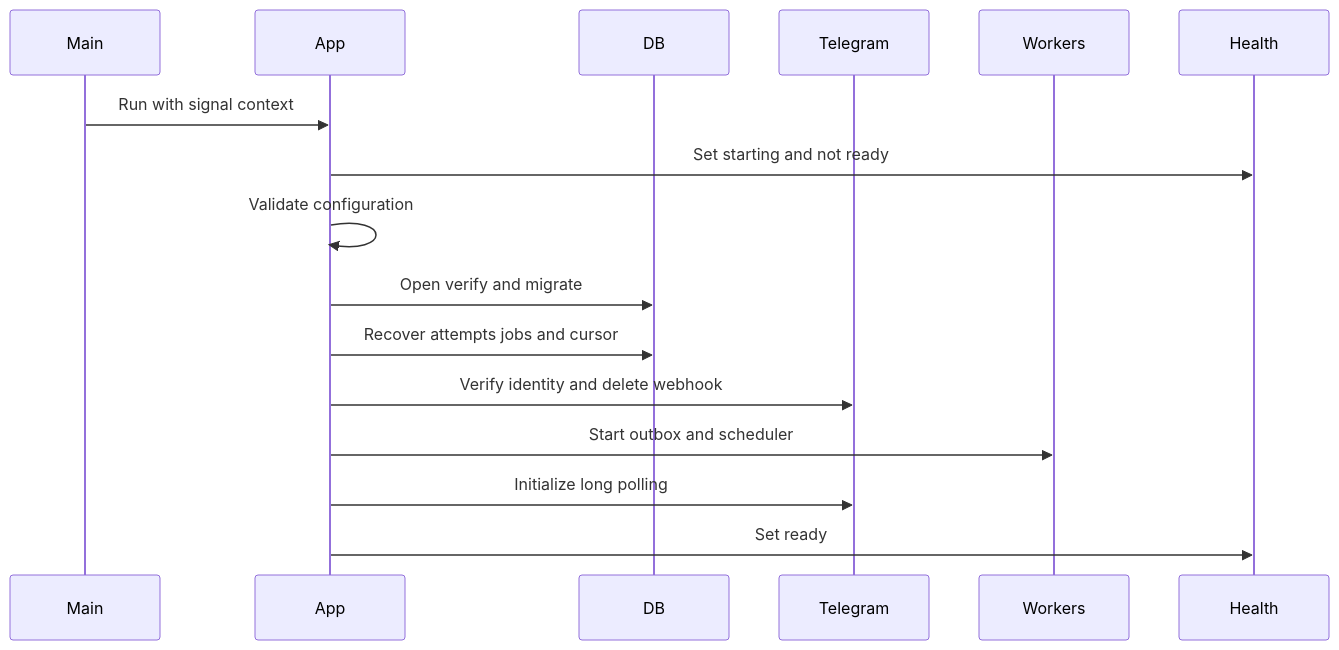
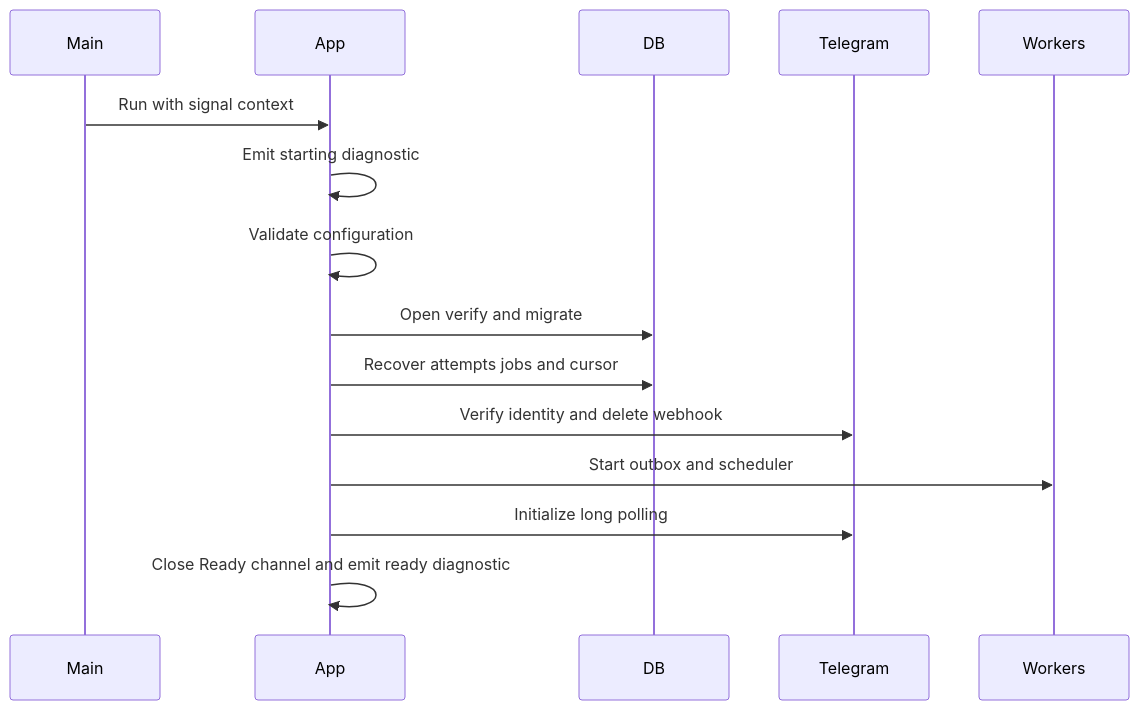
Before and after one commit to alexthvest/replipg: the second of 7 diagrams in .kiro/specs/telegram-runtime/design.md, drawn with Mermaid. The commit also changed other lines of this file and 38 other files, not shown here.

````diff
--- a/.kiro/specs/telegram-runtime/design.md
+++ b/.kiro/specs/telegram-runtime/design.md
@@ -221,19 +213,18 @@
 ```mermaid
 sequenceDiagram
     participant Main
     participant App
     participant DB
     participant Telegram
     participant Workers
-    participant Health
 
     Main->>App: Run with signal context
-    App->>Health: Set starting and not ready
+    App->>App: Emit starting diagnostic
     App->>App: Validate configuration
     App->>DB: Open verify and migrate
     App->>DB: Recover attempts jobs and cursor
     App->>Telegram: Verify identity and delete webhook
     App->>Workers: Start outbox and scheduler
     App->>Telegram: Initialize long polling
-    App->>Health: Set ready
+    App->>App: Close Ready channel and emit ready diagnostic
 ```
````
